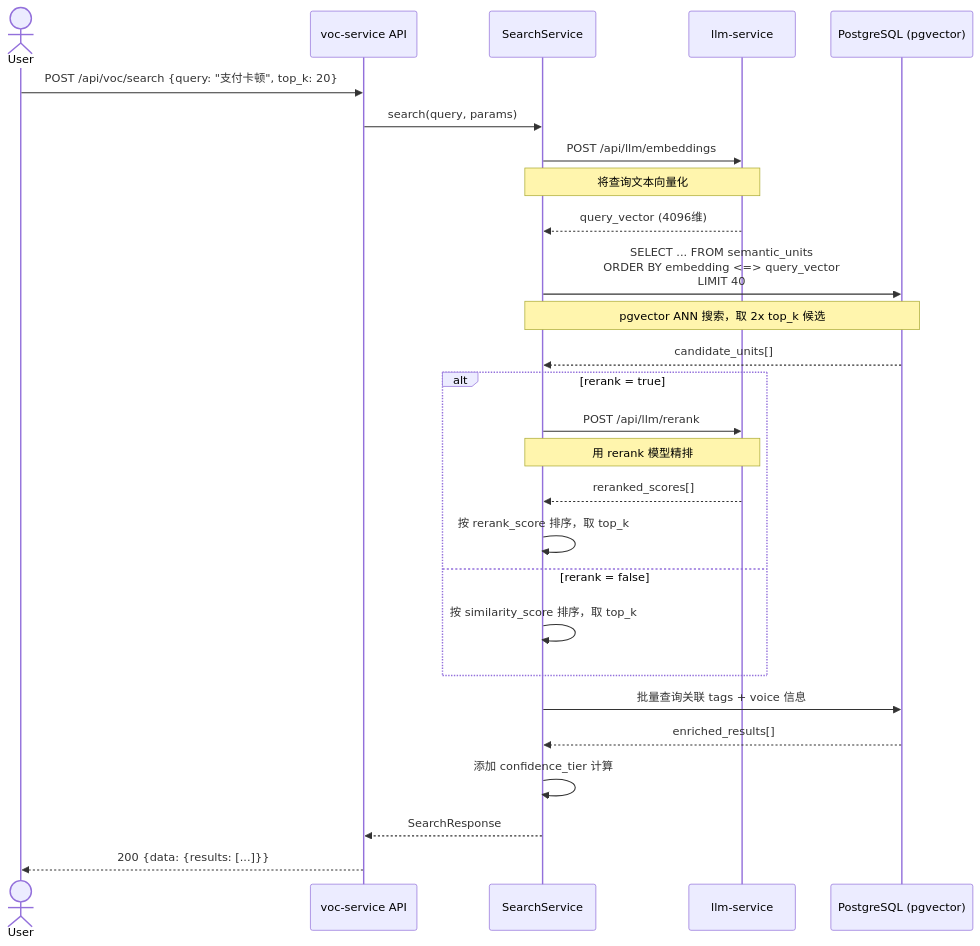
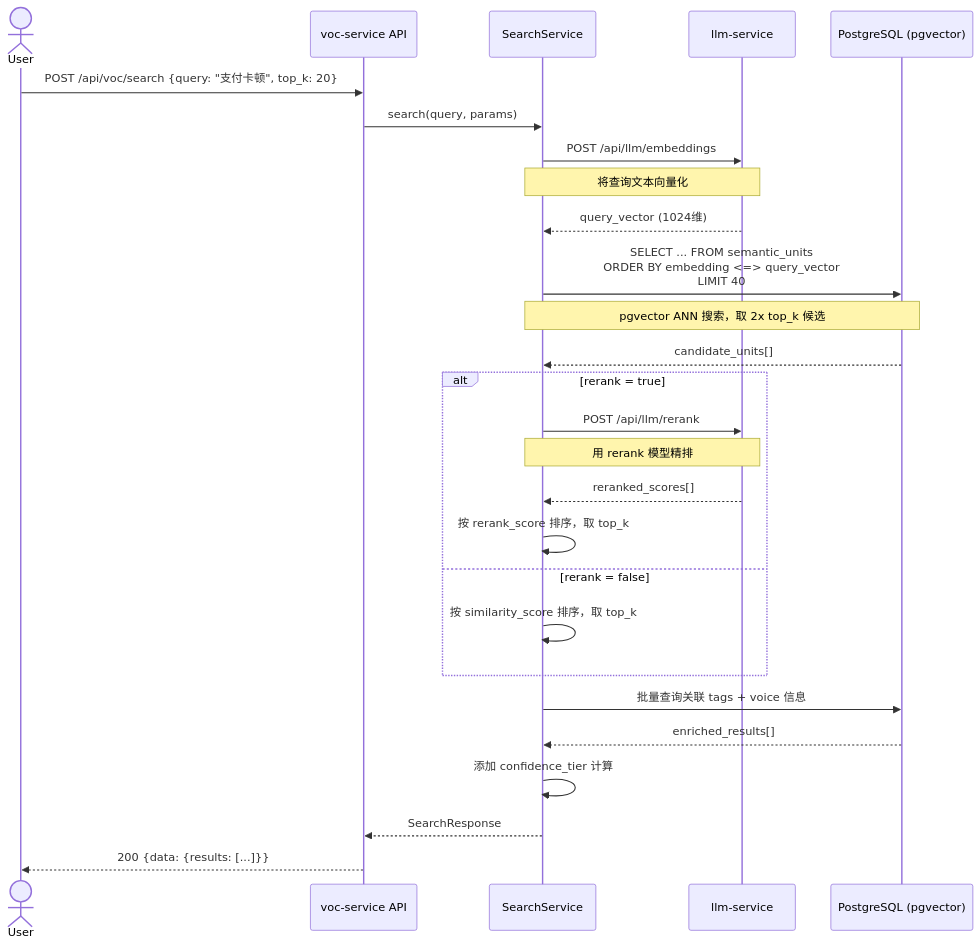
The third of 4 diagrams in docs/designs/voc-service/design.md (tianjon/prism-micro), drawn with Mermaid before and after one commit. The commit also changed other lines of this file and 21 other files, not shown here.

````diff
--- a/docs/designs/voc-service/design.md
+++ b/docs/designs/voc-service/design.md
@@ -1167,35 +1167,35 @@
 ```mermaid
 sequenceDiagram
     actor User
     participant API as voc-service API
     participant Search as SearchService
     participant LLM as llm-service
     participant DB as PostgreSQL (pgvector)
 
     User->>API: POST /api/voc/search {query: "支付卡顿", top_k: 20}
     API->>Search: search(query, params)
 
     Search->>LLM: POST /api/llm/embeddings
     Note over Search,LLM: 将查询文本向量化
-    LLM-->>Search: query_vector (4096维)
+    LLM-->>Search: query_vector (1024维)
 
     Search->>DB: SELECT ... FROM semantic_units<br/>ORDER BY embedding <=> query_vector<br/>LIMIT 40
     Note over Search,DB: pgvector ANN 搜索，取 2x top_k 候选
     DB-->>Search: candidate_units[]
 
     alt rerank = true
         Search->>LLM: POST /api/llm/rerank
         Note over Search,LLM: 用 rerank 模型精排
         LLM-->>Search: reranked_scores[]
         Search->>Search: 按 rerank_score 排序，取 top_k
     else rerank = false
         Search->>Search: 按 similarity_score 排序，取 top_k
     end
 
     Search->>DB: 批量查询关联 tags + voice 信息
     DB-->>Search: enriched_results[]
 
     Search->>Search: 添加 confidence_tier 计算
     Search-->>API: SearchResponse
     API-->>User: 200 {data: {results: [...]}}
 ```
````
